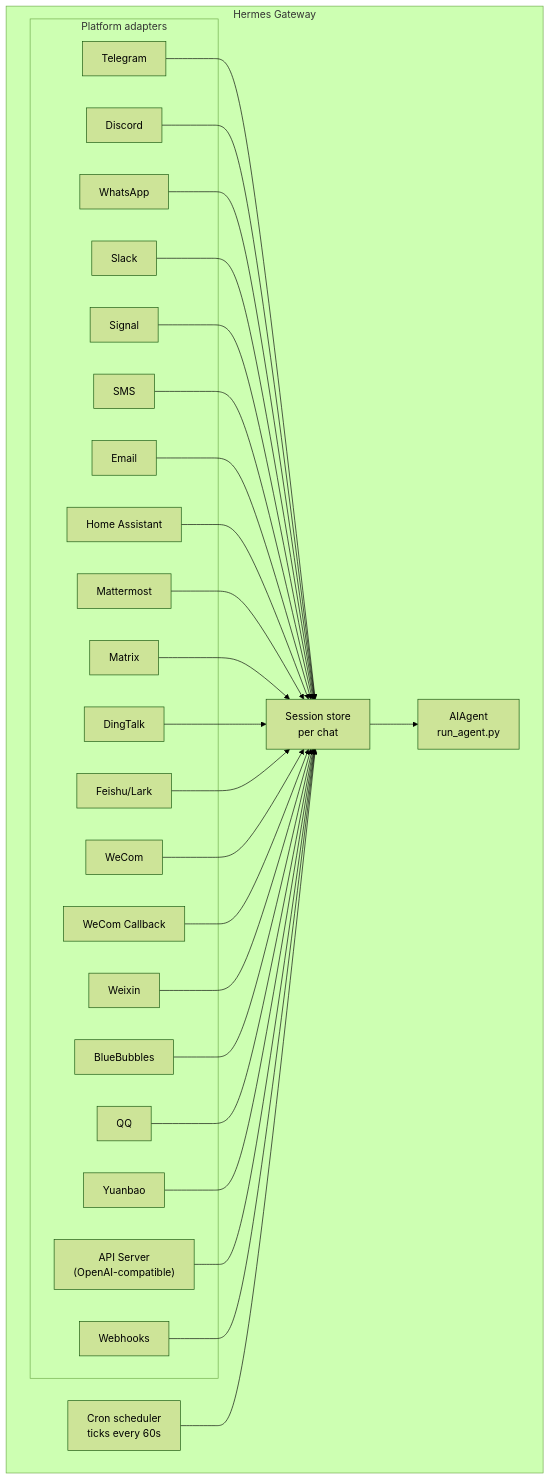
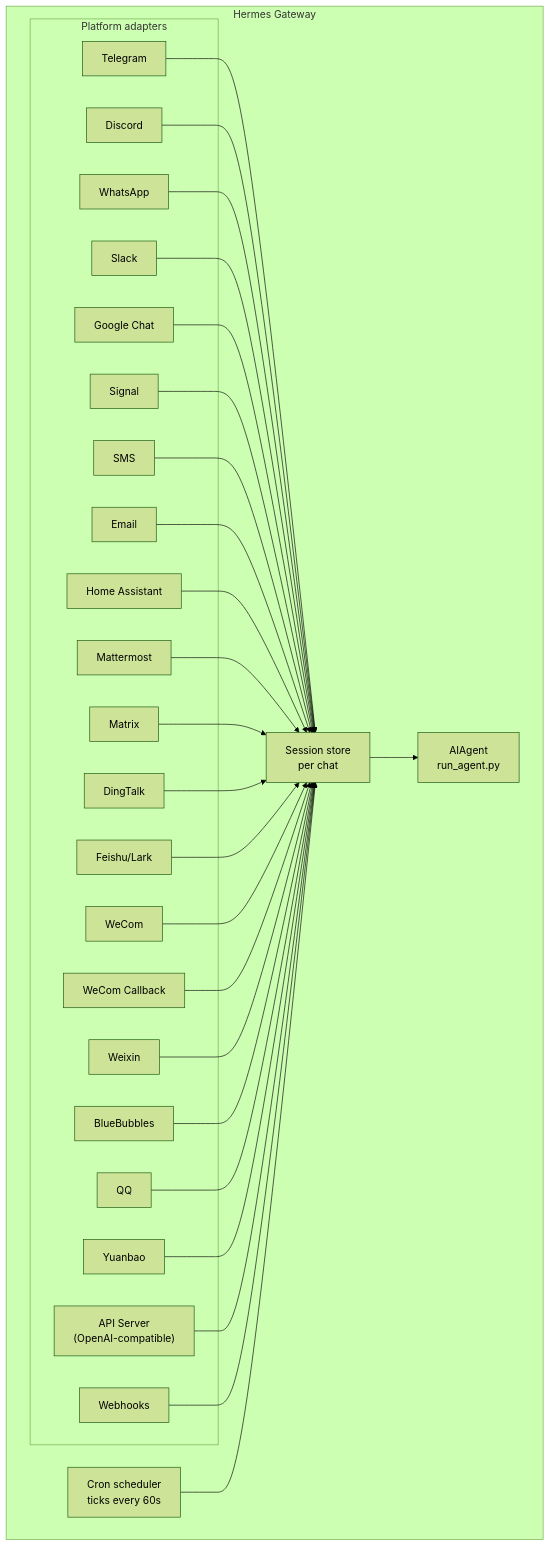
Before and after one commit to AnandaAnugrahHandyanto/savarez_agent: the diagram in website/docs/user-guide/messaging/index.md, drawn with Mermaid (forest theme). The commit also changed other lines of this file and 21 other files, not shown here.

First line of the commit message:
feat(gateway): add Google Chat platform adapter with native attachments via user OAuth

````diff
--- a/website/docs/user-guide/messaging/index.md
+++ b/website/docs/user-guide/messaging/index.md
@@ -40,54 +41,56 @@
 ```mermaid
 flowchart TB
     subgraph Gateway["Hermes Gateway"]
         subgraph Adapters["Platform adapters"]
             tg[Telegram]
             dc[Discord]
             wa[WhatsApp]
             sl[Slack]
+            gc[Google Chat]
             sig[Signal]
             sms[SMS]
             em[Email]
             ha[Home Assistant]
             mm[Mattermost]
             mx[Matrix]
             dt[DingTalk]
     fs[Feishu/Lark]
     wc[WeCom]
     wcb[WeCom Callback]
     wx[Weixin]
     bb[BlueBubbles]
     qq[QQ]
     yb[Yuanbao]
             api["API Server<br/>(OpenAI-compatible)"]
             wh[Webhooks]
         end
 
         store["Session store<br/>per chat"]
         agent["AIAgent<br/>run_agent.py"]
         cron["Cron scheduler<br/>ticks every 60s"]
     end
 
     tg --> store
     dc --> store
     wa --> store
     sl --> store
+    gc --> store
     sig --> store
     sms --> store
     em --> store
     ha --> store
     mm --> store
     mx --> store
     dt --> store
     fs --> store
     wc --> store
     wcb --> store
     wx --> store
     bb --> store
     qq --> store
     yb --> store
     api --> store
     wh --> store
     store --> agent
     cron --> store
 ```
````
